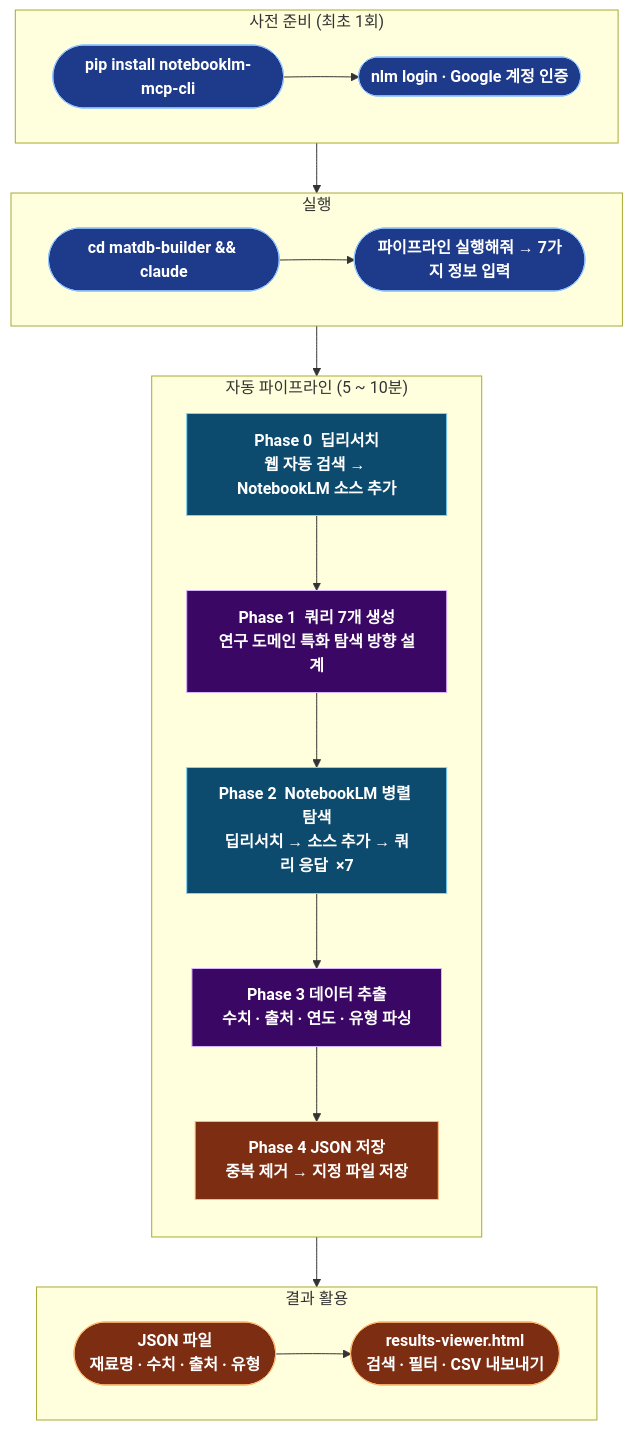
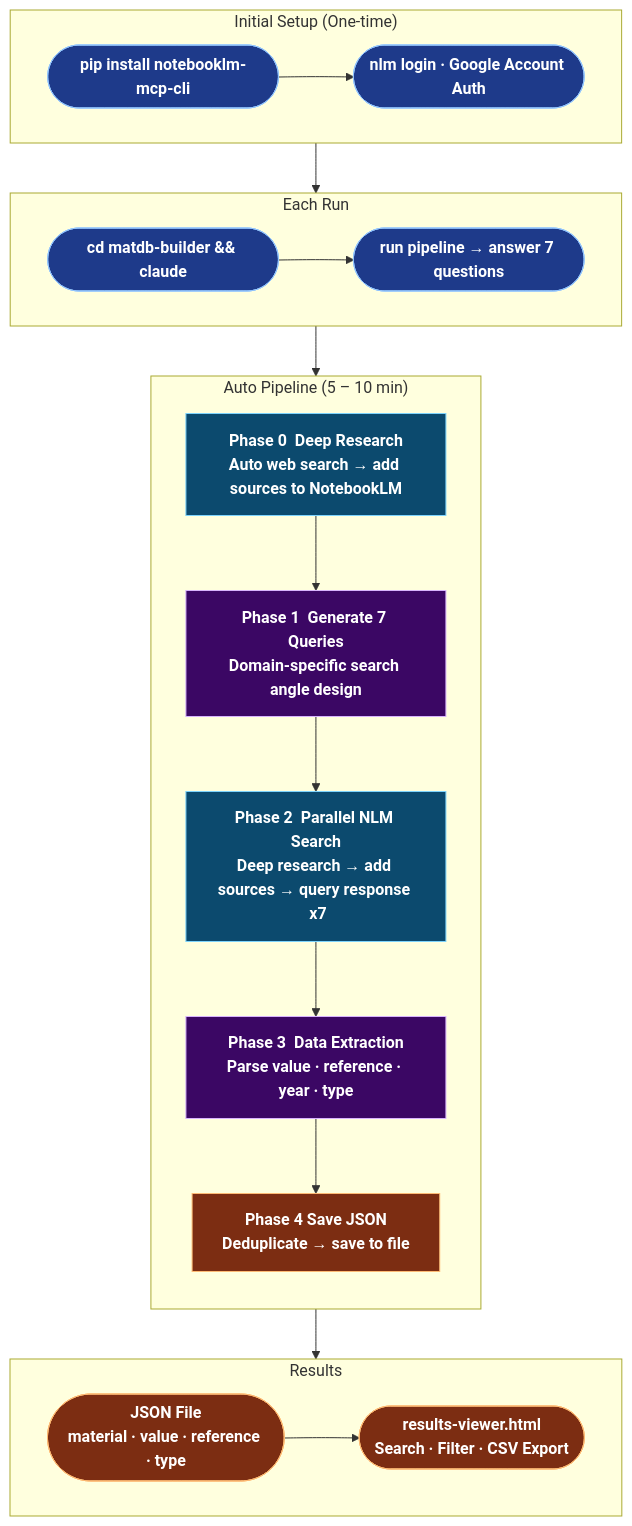
One commit to dudtjq414/matdb-builder changed the first of 2 diagrams in PIPELINE_README.md. Above: the diagram before and after it, drawn with Mermaid. The commit also changed other lines of this file and 2 other files, not shown here.

First line of the commit message:
docs: 영어 지원 추가 — 다이어그램 영어 전환 및 bilingual 문서화

````diff
--- a/PIPELINE_README.md
+++ b/PIPELINE_README.md
@@ -27,40 +27,40 @@
 ```mermaid
 flowchart TD
     classDef userC fill:#1e3a8a,stroke:#93c5fd,color:#fff,font-weight:bold
     classDef aiC   fill:#3b0764,stroke:#d8b4fe,color:#fff,font-weight:bold
     classDef nlmC  fill:#0c4a6e,stroke:#7dd3fc,color:#fff,font-weight:bold
     classDef outC  fill:#7c2d12,stroke:#fdba74,color:#fff,font-weight:bold
 
-    subgraph SETUP["  사전 준비 (최초 1회)  "]
+    subgraph SETUP["  Initial Setup (One-time)  "]
         direction LR
         S1(["pip install notebooklm-mcp-cli"]):::userC
-        S2(["nlm login · Google 계정 인증"]):::userC
+        S2(["nlm login · Google Account Auth"]):::userC
         S1 --> S2
     end
 
-    subgraph RUN["  실행  "]
+    subgraph RUN["  Each Run  "]
         direction LR
         R1(["cd matdb-builder && claude"]):::userC
-        R2(["파이프라인 실행해줘 → 7가지 정보 입력"]):::userC
+        R2(["run pipeline → answer 7 questions"]):::userC
         R1 --> R2
     end
 
-    subgraph PIPE["  자동 파이프라인 (5 ~ 10분)  "]
+    subgraph PIPE["  Auto Pipeline (5 – 10 min)  "]
         direction TD
-        P0["Phase 0  딥리서치\n웹 자동 검색 → NotebookLM 소스 추가"]:::nlmC
-        P1["Phase 1  쿼리 7개 생성\n연구 도메인 특화 탐색 방향 설계"]:::aiC
-        P2["Phase 2  NotebookLM 병렬 탐색\n딥리서치 → 소스 추가 → 쿼리 응답  ×7"]:::nlmC
-        P3["Phase 3  데이터 추출\n수치 · 출처 · 연도 · 유형 파싱"]:::aiC
-        P4["Phase 4  JSON 저장\n중복 제거 → 지정 파일 저장"]:::outC
+        P0["Phase 0  Deep Research\nAuto web search → add sources to NotebookLM"]:::nlmC
+        P1["Phase 1  Generate 7 Queries\nDomain-specific search angle design"]:::aiC
+        P2["Phase 2  Parallel NLM Search\nDeep research → add sources → query response  x7"]:::nlmC
+        P3["Phase 3  Data Extraction\nParse value · reference · year · type"]:::aiC
+        P4["Phase 4  Save JSON\nDeduplicate → save to file"]:::outC
         P0 --> P1 --> P2 --> P3 --> P4
     end
 
-    subgraph VIEW["  결과 활용  "]
+    subgraph VIEW["  Results  "]
         direction LR
-        V1(["JSON 파일\n재료명 · 수치 · 출처 · 유형"]):::outC
-        V2(["results-viewer.html\n검색 · 필터 · CSV 내보내기"]):::outC
+        V1(["JSON File\nmaterial · value · reference · type"]):::outC
+        V2(["results-viewer.html\nSearch · Filter · CSV Export"]):::outC
         V1 --> V2
     end
 
     SETUP --> RUN --> PIPE --> VIEW
 ```
````
